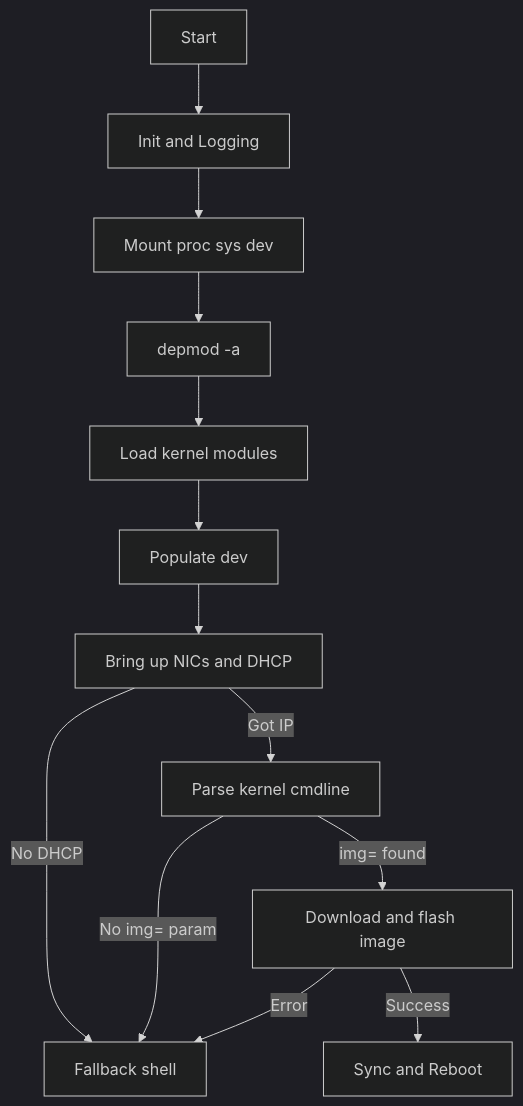
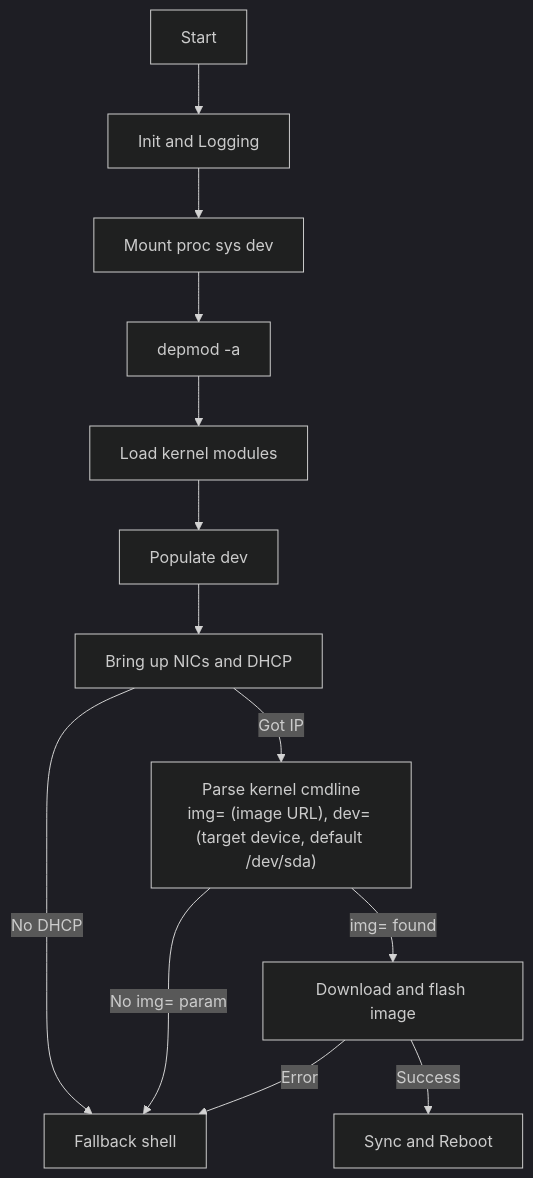
Before and after one commit to jjbailey/initramfs-flash: the diagram in doc/flow-diagram.md, drawn with Mermaid (dark theme). The commit also changed 4 other files, not shown here.

````diff
--- a/doc/flow-diagram.md
+++ b/doc/flow-diagram.md
@@ -4,28 +4,28 @@
 ```mermaid
 flowchart TD
     A[Start]
     B[Init and Logging]
     C[Mount proc sys dev]
     D[depmod -a]
     E[Load kernel modules]
     F[Populate dev]
     G[Bring up NICs and DHCP]
-    H[Parse kernel cmdline]
+    H["Parse kernel cmdline<br/>img= (image URL), dev= (target device, default /dev/sda)"]
     I[Download and flash image]
     J[Sync and Reboot]
     K[Fallback shell]
 
     A --> B
     B --> C
     C --> D
     D --> E
     E --> F
     F --> G
     G -->|No DHCP| K
     G -->|Got IP| H
-    H -->|No img= param| K
+    H -->|"No img= param"| K
     H -->|img= found| I
     I -->|Error| K
     I -->|Success| J
 
 ```
````
